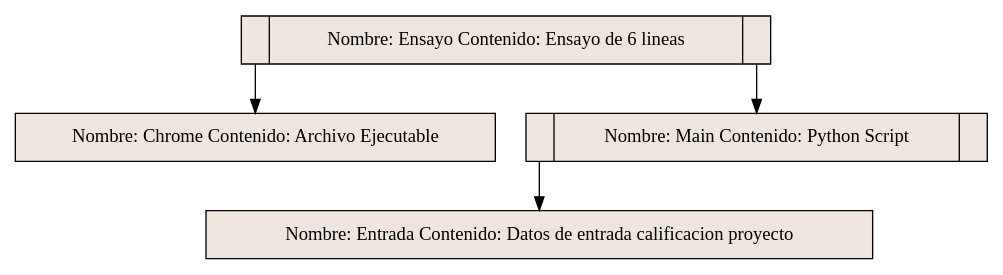
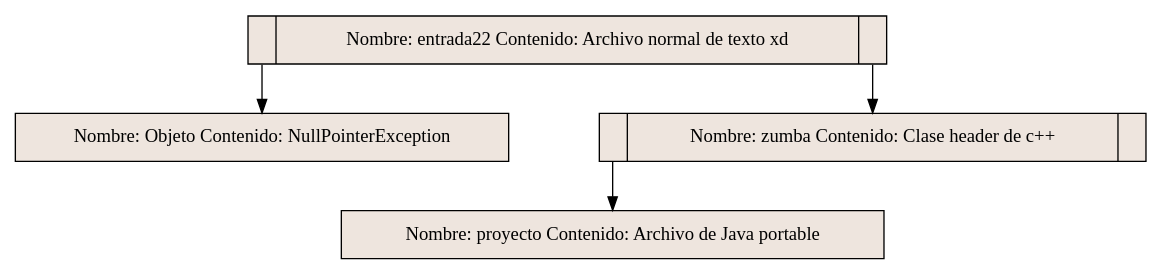
One commit to chrissramos/EDD_2S2019_PY2_201602869 changed the diagram in Proyecto2/src/reportes/avl.dot. Above: the diagram before and after it, drawn with Graphviz. The commit also changed 12 other files, not shown here.

```diff
--- a/Proyecto2/src/reportes/avl.dot
+++ b/Proyecto2/src/reportes/avl.dot
@@ -1,11 +1,11 @@
 digraph grafica{
 rankdir=TB;
 node [shape = record, style=filled, fillcolor=seashell2];
-nodo2 [ label ="<C0>|Nombre: Ensayo Contenido: Ensayo de 6 lineas|<C1>"];
-nodo3 [ label ="Nombre: Chrome Contenido: Archivo Ejecutable"];
-nodo2:C0->nodo3
-nodo1 [ label ="<C0>|Nombre: Main Contenido: Python Script|<C1>"];
-nodo4 [ label ="Nombre: Entrada Contenido: Datos de entrada calificacion proyecto"];
-nodo1:C0->nodo4
-nodo2:C1->nodo1
+nodo7 [ label ="<C0>|Nombre: entrada22 Contenido: Archivo normal de texto xd|<C1>"];
+nodo6 [ label ="Nombre: Objeto Contenido: NullPointerException"];
+nodo7:C0->nodo6
+nodo5 [ label ="<C0>|Nombre: zumba Contenido: Clase header de c++|<C1>"];
+nodo8 [ label ="Nombre: proyecto Contenido: Archivo de Java portable"];
+nodo5:C0->nodo8
+nodo7:C1->nodo5
 }
```
